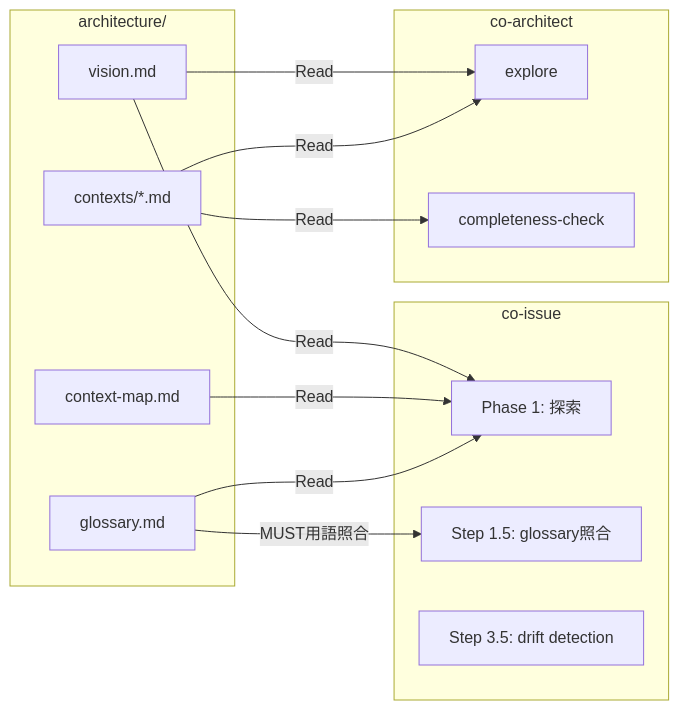
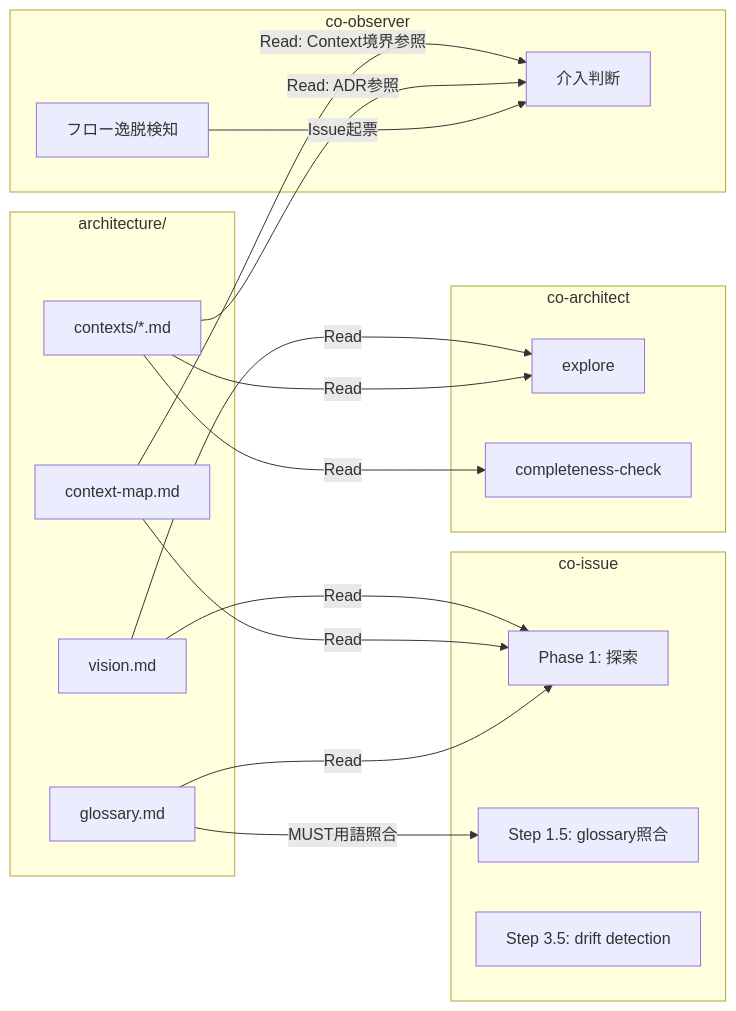
The second of 2 diagrams in plugins/twl/architecture/domain/context-map.md (shuu5/twill), drawn with Mermaid before and after one commit. The commit also changed other lines of this file, not shown here.

First line of the commit message:
docs(context-map): Observer Context の関係定義を追加

````diff
--- a/plugins/twl/architecture/domain/context-map.md
+++ b/plugins/twl/architecture/domain/context-map.md
@@ -95,29 +104,38 @@
 ```mermaid
 graph LR
     subgraph "architecture/"
         V["vision.md"]
         CM["context-map.md"]
         G["glossary.md"]
         CTX["contexts/*.md"]
     end
 
     subgraph "co-issue"
         P1["Phase 1: 探索"]
         S15["Step 1.5: glossary照合"]
         S35["Step 3.5: drift detection"]
     end
 
     subgraph "co-architect"
         E["explore"]
         CC["completeness-check"]
     end
 
+    subgraph "co-observer"
+        OJ["介入判断"]
+        OA["フロー逸脱検知"]
+    end
+
     V -->|"Read"| P1
     CM -->|"Read"| P1
     G -->|"Read"| P1
     G -->|"MUST用語照合"| S15
 
     V -->|"Read"| E
     CTX -->|"Read"| E
     CTX -->|"Read"| CC
+
+    CM -->|"Read: Context境界参照"| OJ
+    CTX -->|"Read: ADR参照"| OJ
+    OA -->|"Issue起票"| OJ
 ```
````
